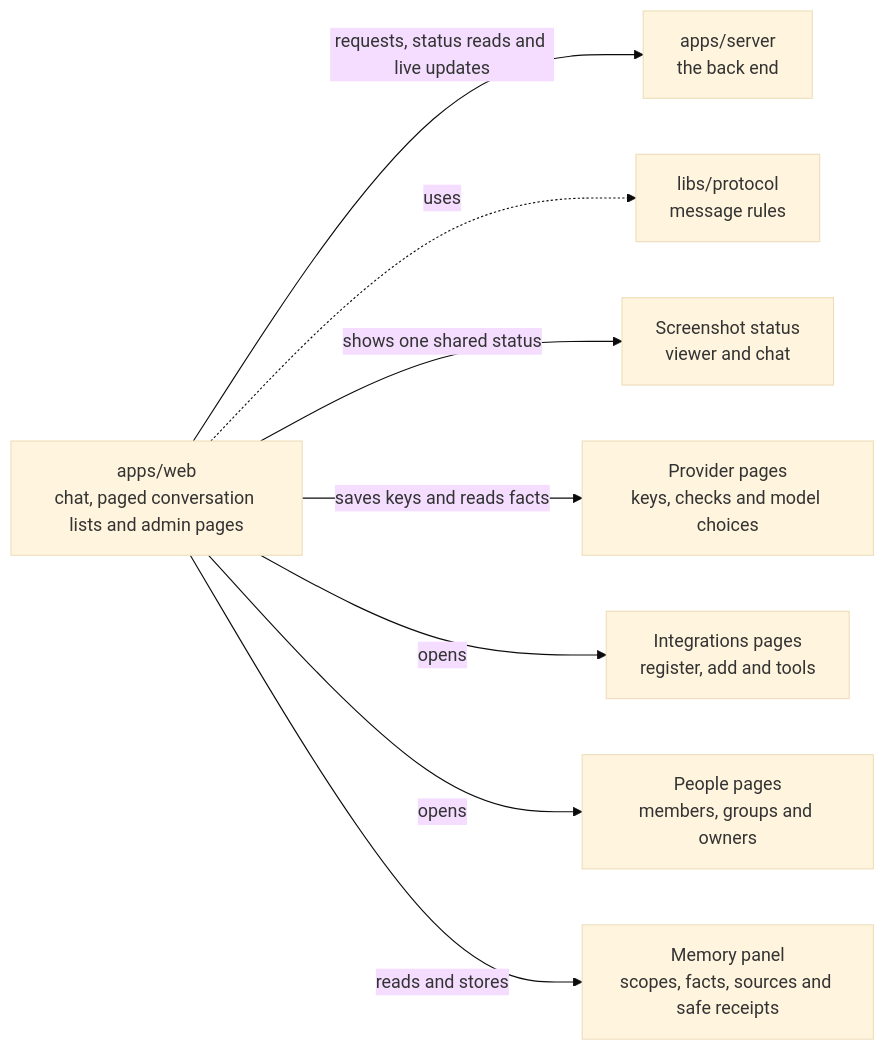
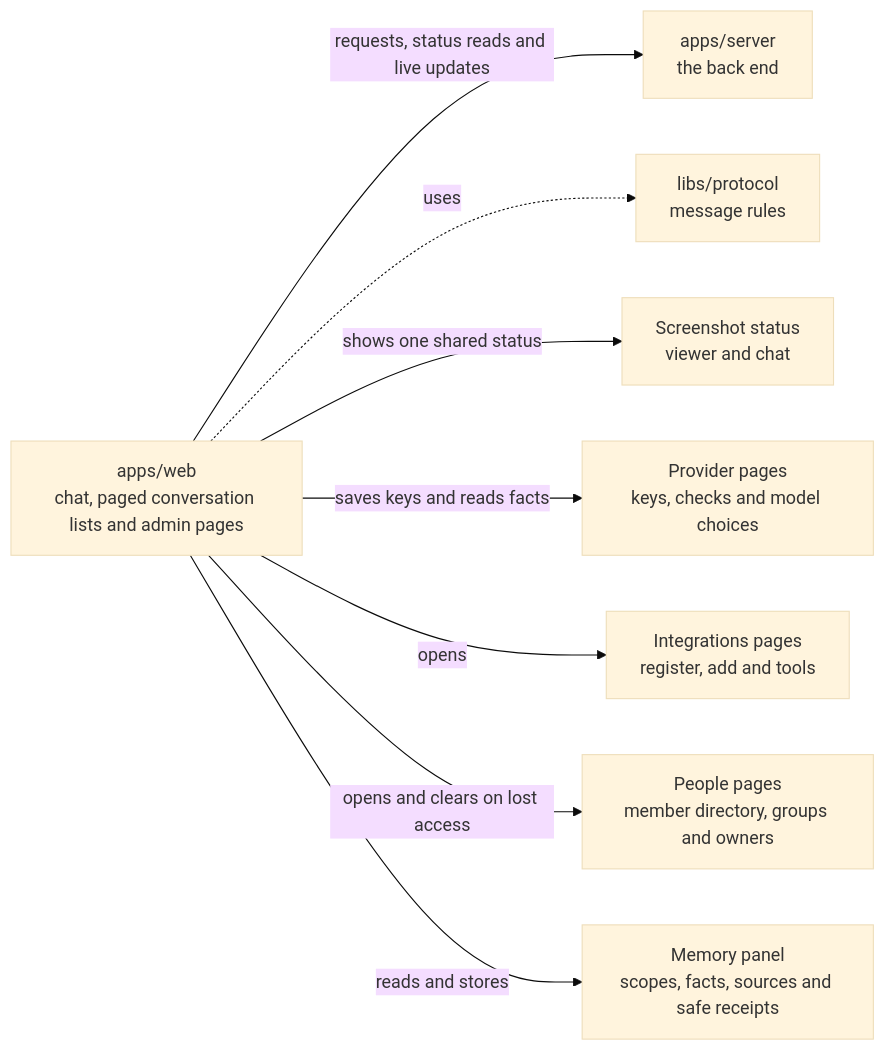
The diagram in apps/web/README.md (elewa-git/opencrane-new), drawn with Mermaid (base theme) before and after one commit. The commit also changed other lines of this file and 35 other files, not shown here.

First line of the commit message:
👥 The Members tab searches and pages through members, and losing access clears every name at once (#406)

````diff
--- a/apps/web/README.md
+++ b/apps/web/README.md
@@ -11,10 +11,10 @@
 ```mermaid
 flowchart LR
   web["apps/web<br/>chat, paged conversation lists and admin pages"] -->|requests, status reads and live updates| server["apps/server<br/>the back end"]
   web -.->|uses| protocol["libs/protocol<br/>message rules"]
   web -->|shows one shared status| capture["Screenshot status<br/>viewer and chat"]
   web -->|saves keys and reads facts| providers["Provider pages<br/>keys, checks and model choices"]
   web -->|opens| integrations["Integrations pages<br/>register, add and tools"]
-  web -->|opens| people["People pages<br/>members, groups and owners"]
+  web -->|opens and clears on lost access| people["People pages<br/>member directory, groups and owners"]
   web -->|reads and stores| memory["Memory panel<br/>scopes, facts, sources and safe receipts"]
 ```
````
